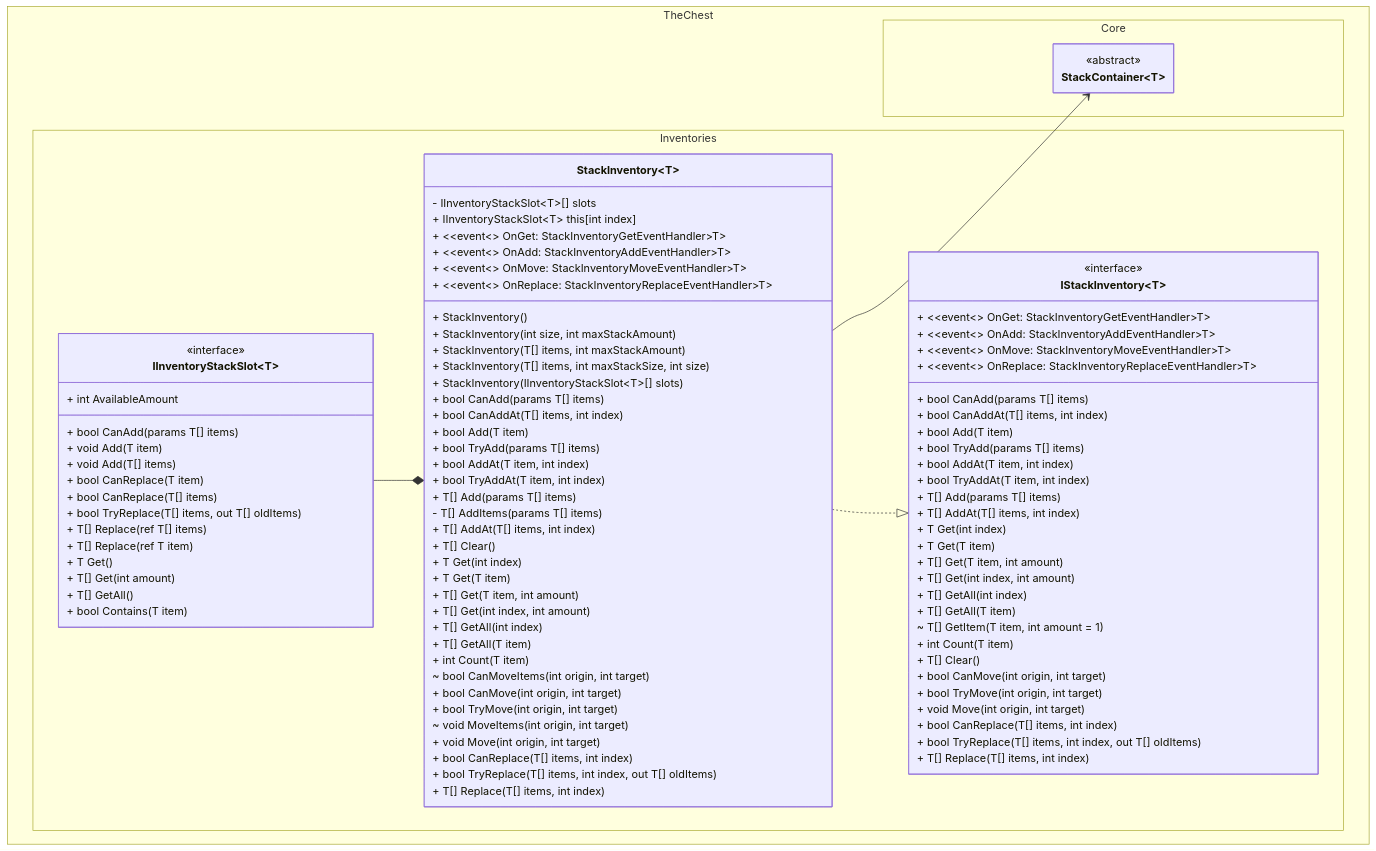
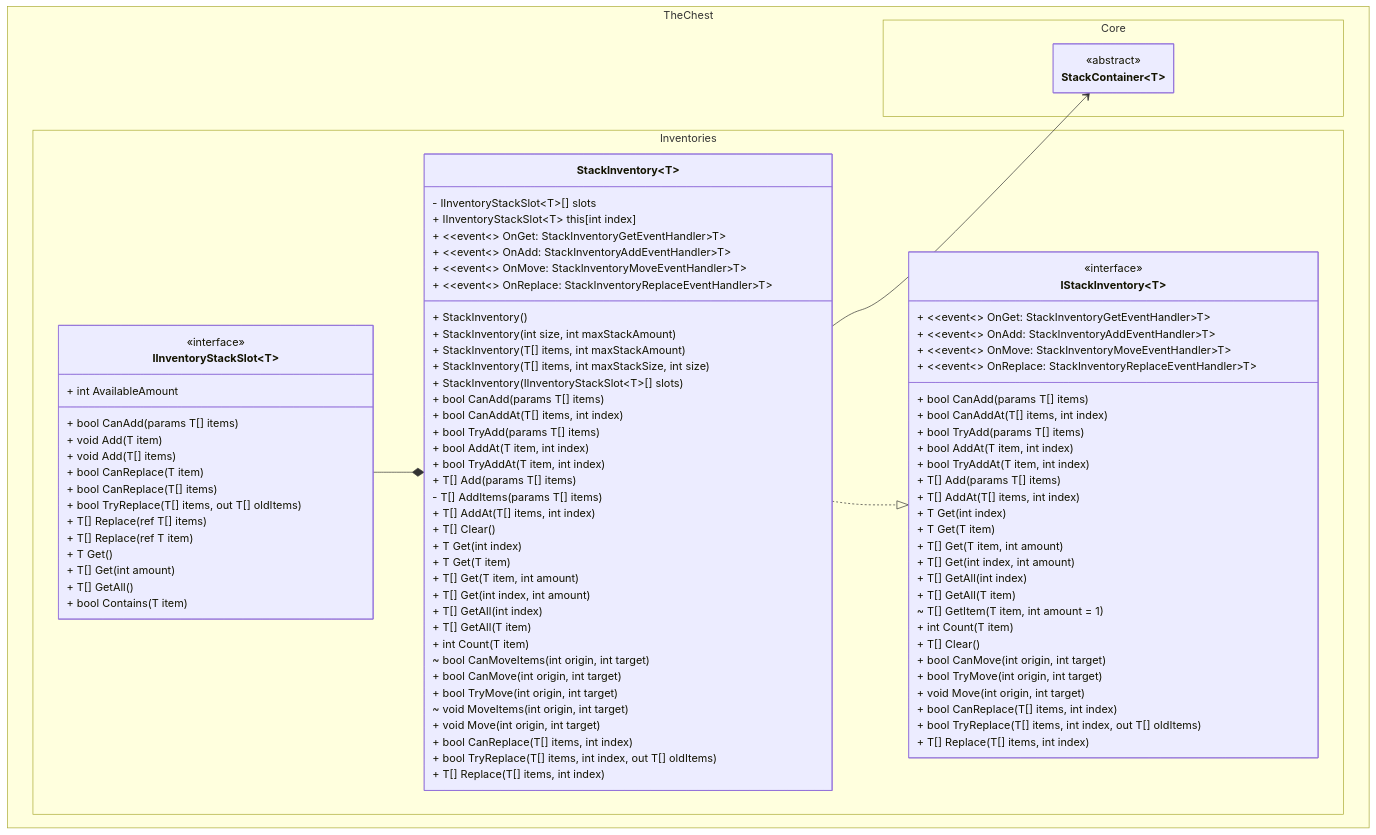
One commit to The-Chest/TheChest.Inventories changed the first of 2 diagrams in docs/stack_inventory/class_diagram.md. Above: the diagram before and after it, drawn with Mermaid. The commit also changed 12 other files, not shown here.

```diff
--- a/docs/stack_inventory/class_diagram.md
+++ b/docs/stack_inventory/class_diagram.md
@@ -35,7 +35,6 @@
 	        + bool CanAdd(params T[] items)
 	        + bool CanAddAt(T[] items, int index)
 
-            + bool Add(T item)
             + bool TryAdd(params T[] items)
             + bool AddAt(T item, int index)
             + bool TryAddAt(T item, int index)
@@ -94,7 +93,6 @@
 	        + bool CanAdd(params T[] items)
 	        + bool CanAddAt(T[] items, int index)
 
-            + bool Add(T item)
             + bool TryAdd(params T[] items)
             + bool AddAt(T item, int index)
             + bool TryAddAt(T item, int index)
```
